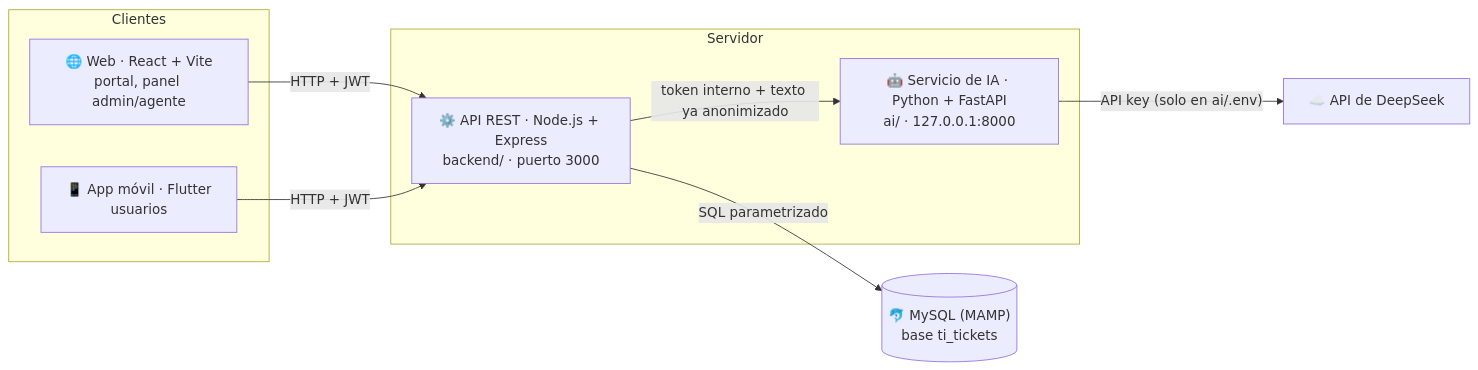
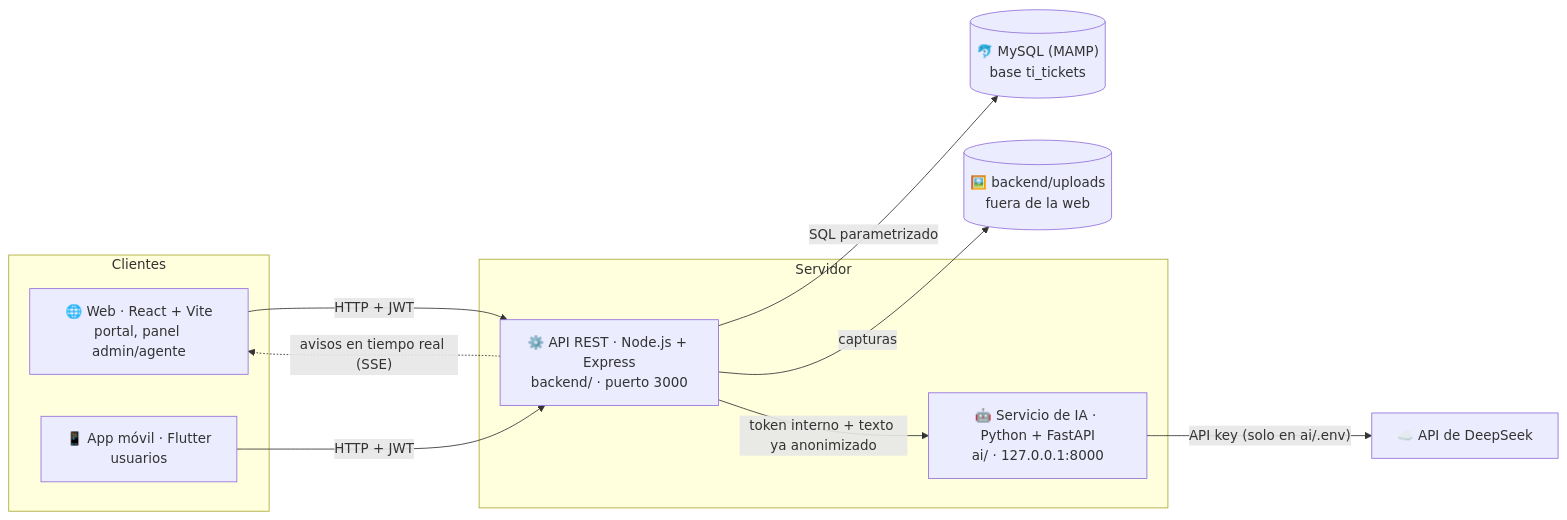
One commit to andressito99/Michi-TI-Tickets changed the first of 4 diagrams in README.md. Above: the diagram before and after it, drawn with Mermaid. The commit also changed other lines of this file and 39 other files, not shown here.

First line of the commit message:
Avisos en tiempo real (SSE) y capturas adjuntas en los tickets

````diff
--- a/README.md
+++ b/README.md
@@ -180,19 +204,21 @@
 ```mermaid
 flowchart LR
     subgraph Clientes
         W["🌐 Web · React + Vite<br/>portal, panel admin/agente"]
         M["📱 App móvil · Flutter<br/>usuarios"]
     end
     subgraph Servidor
         API["⚙️ API REST · Node.js + Express<br/>backend/ · puerto 3000"]
         IA["🤖 Servicio de IA · Python + FastAPI<br/>ai/ · 127.0.0.1:8000"]
     end
     DB[("🐬 MySQL (MAMP)<br/>base ti_tickets")]
     DS["☁️ API de DeepSeek"]
 
     W -- "HTTP + JWT" --> API
+    API -. "avisos en tiempo real (SSE)" .-> W
     M -- "HTTP + JWT" --> API
     API -- "SQL parametrizado" --> DB
+    API -- "capturas" --> UP[("🖼️ backend/uploads<br/>fuera de la web")]
     API -- "token interno + texto ya anonimizado" --> IA
     IA -- "API key (solo en ai/.env)" --> DS
 ```
````
